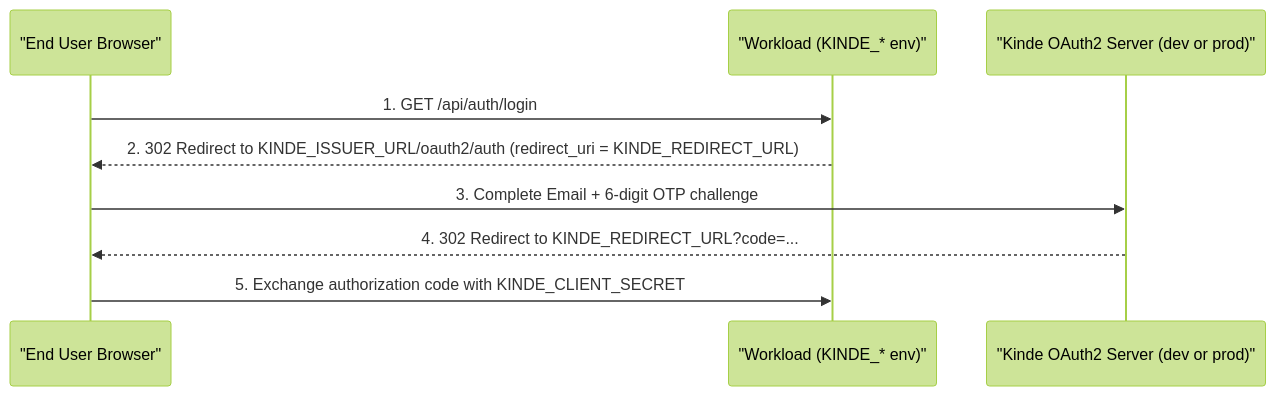
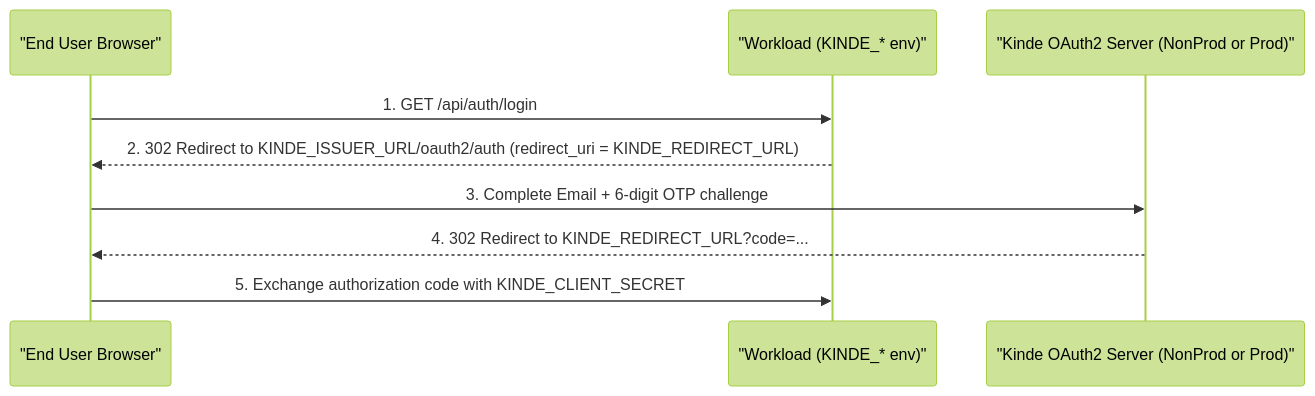
The second of 2 diagrams in docs/architecture/providers/kinde/oidc-app.md (cloudvoyant/openbase), drawn with Mermaid (forest theme) before and after one commit. The commit also changed other lines of this file and 124 other files, not shown here.

````diff
--- a/docs/architecture/providers/kinde/oidc-app.md
+++ b/docs/architecture/providers/kinde/oidc-app.md
@@ -39,12 +39,12 @@
 ```mermaid
 sequenceDiagram
     participant Browser as "End User Browser"
     participant App as "Workload (KINDE_* env)"
-    participant Kinde as "Kinde OAuth2 Server (dev or prod)"
+    participant Kinde as "Kinde OAuth2 Server (NonProd or Prod)"
 
     Browser->>App: 1. GET /api/auth/login
     App-->>Browser: 2. 302 Redirect to KINDE_ISSUER_URL/oauth2/auth (redirect_uri = KINDE_REDIRECT_URL)
     Browser->>Kinde: 3. Complete Email + 6-digit OTP challenge
     Kinde-->>Browser: 4. 302 Redirect to KINDE_REDIRECT_URL?code=...
     Browser->>App: 5. Exchange authorization code with KINDE_CLIENT_SECRET
 ```
````
